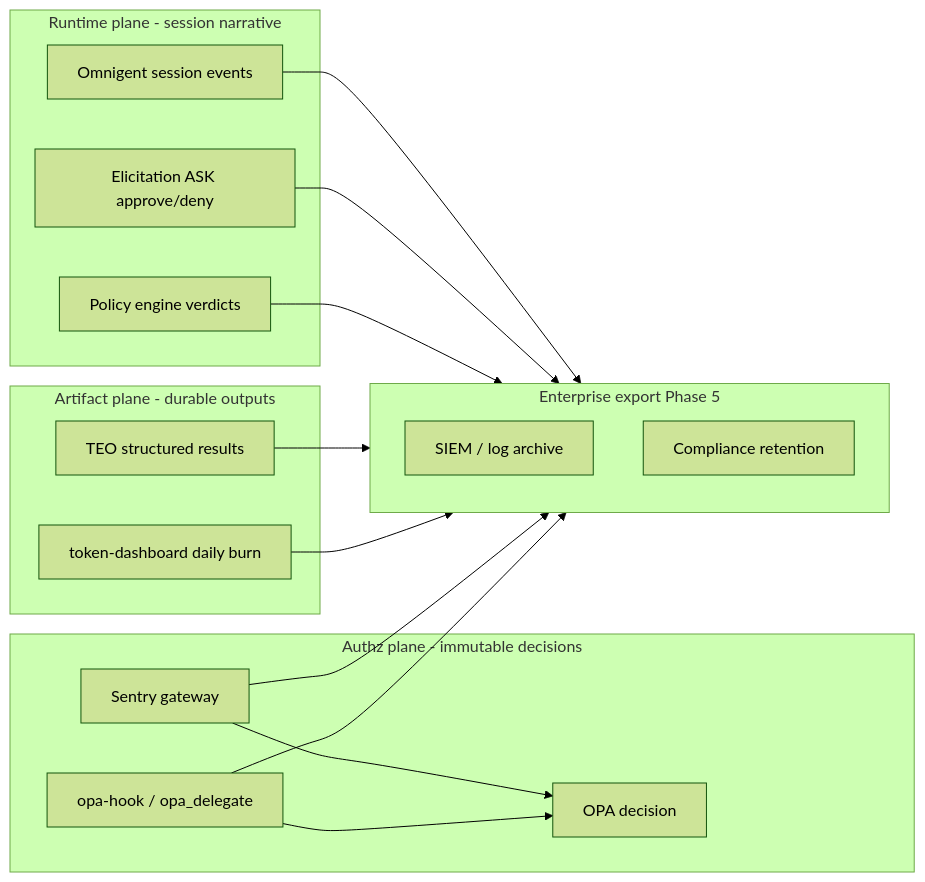
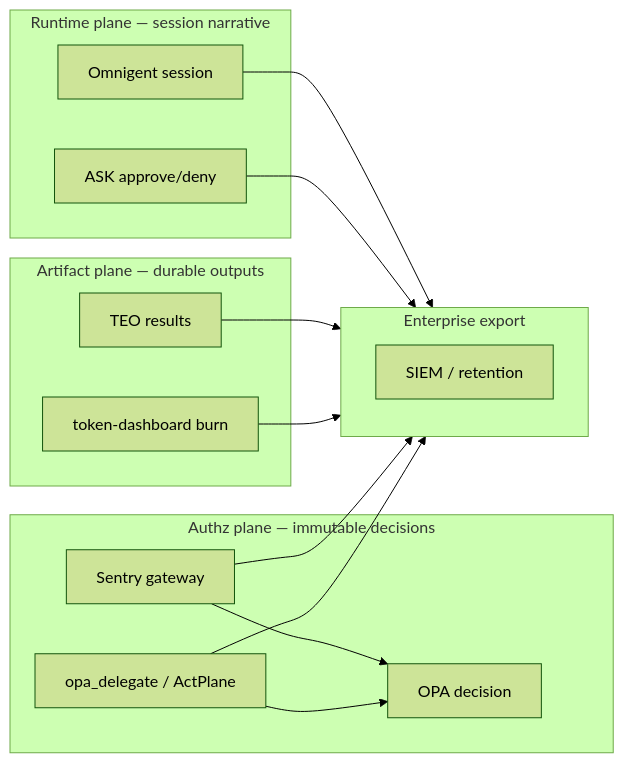
Before and after one commit to Cloud-Byte-Consulting/agentic-harness: the diagram in docs/enterprise-pitch.md, drawn with Mermaid (forest theme). The commit also changed other lines of this file, not shown here.

First line of the commit message:
docs: redo enterprise pitch as one holistic governed-platform solution

````diff
--- a/docs/enterprise-pitch.md
+++ b/docs/enterprise-pitch.md
@@ -64,34 +122,17 @@
 ```mermaid
 flowchart LR
-    subgraph authz [Authz plane - immutable decisions]
-        sentry[Sentry gateway]
-        opa[OPA decision]
-        opaHook[opa-hook / opa_delegate]
+    subgraph authz [Authz plane — immutable decisions]
+        sentry[Sentry gateway]; opa[OPA decision]; opaHook[opa_delegate / ActPlane]
     end
-
-    subgraph runtime [Runtime plane - session narrative]
-        omni[Omnigent session events]
-        elicit[Elicitation ASK approve/deny]
-        policy[Policy engine verdicts]
+    subgraph runtime [Runtime plane — session narrative]
+        omni[Omnigent session]; elicit[ASK approve/deny]
     end
-
-    subgraph artifacts [Artifact plane - durable outputs]
-        teo[TEO structured results]
-        cost[token-dashboard daily burn]
+    subgraph artifacts [Artifact plane — durable outputs]
+        teo[TEO results]; cost[token-dashboard burn]
     end
-
-    subgraph export [Enterprise export Phase 5]
-        siem[SIEM / log archive]
-        compliance[Compliance retention]
+    subgraph export [Enterprise export]
+        siem[SIEM / retention]
     end
-
-    sentry --> opa
-    opaHook --> opa
-    sentry --> export
-    opaHook --> export
-    omni --> export
-    elicit --> export
-    policy --> export
-    teo --> export
-    cost --> export
+    sentry --> opa; opaHook --> opa
+    sentry --> export; opaHook --> export; omni --> export; elicit --> export; teo --> export; cost --> export
 ```
````
